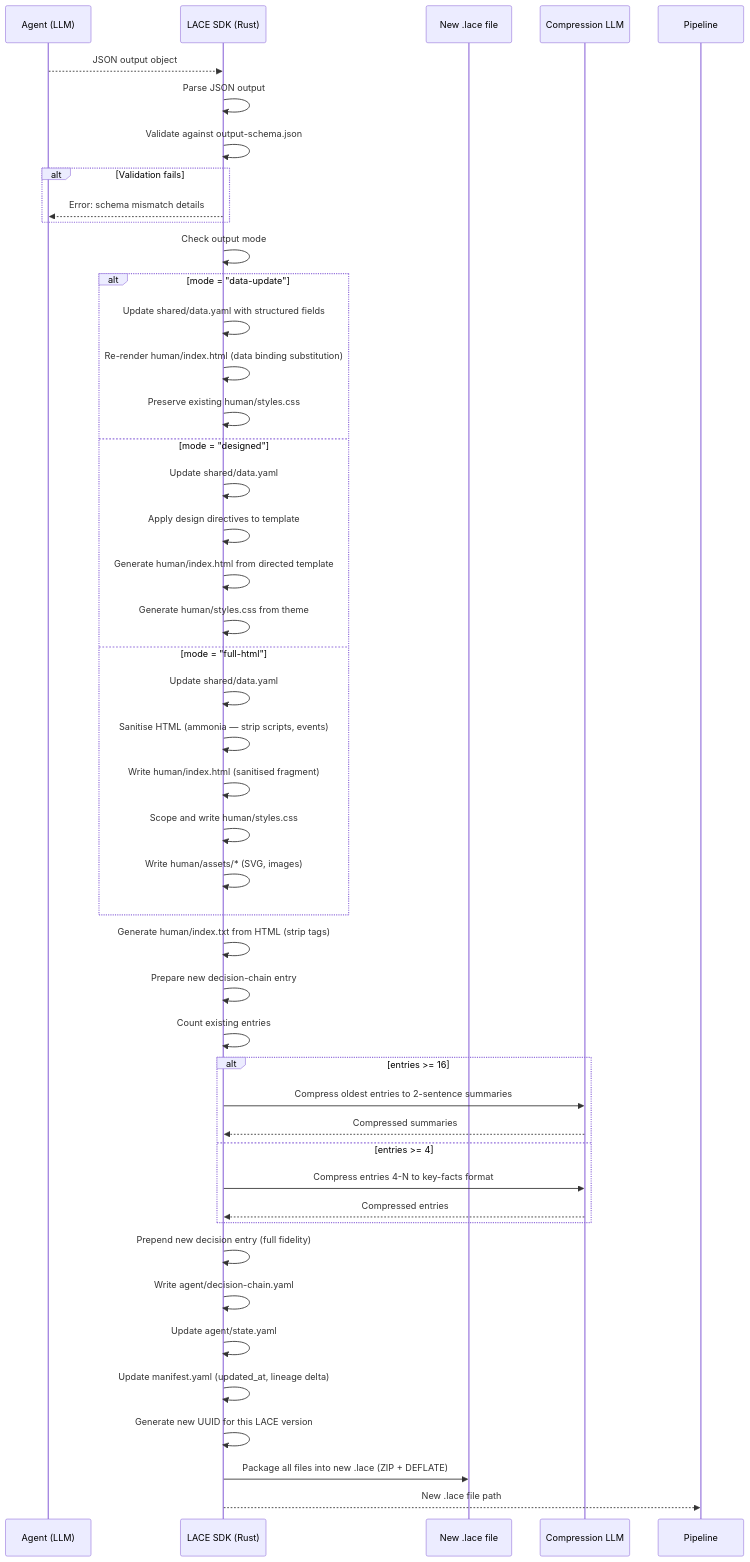
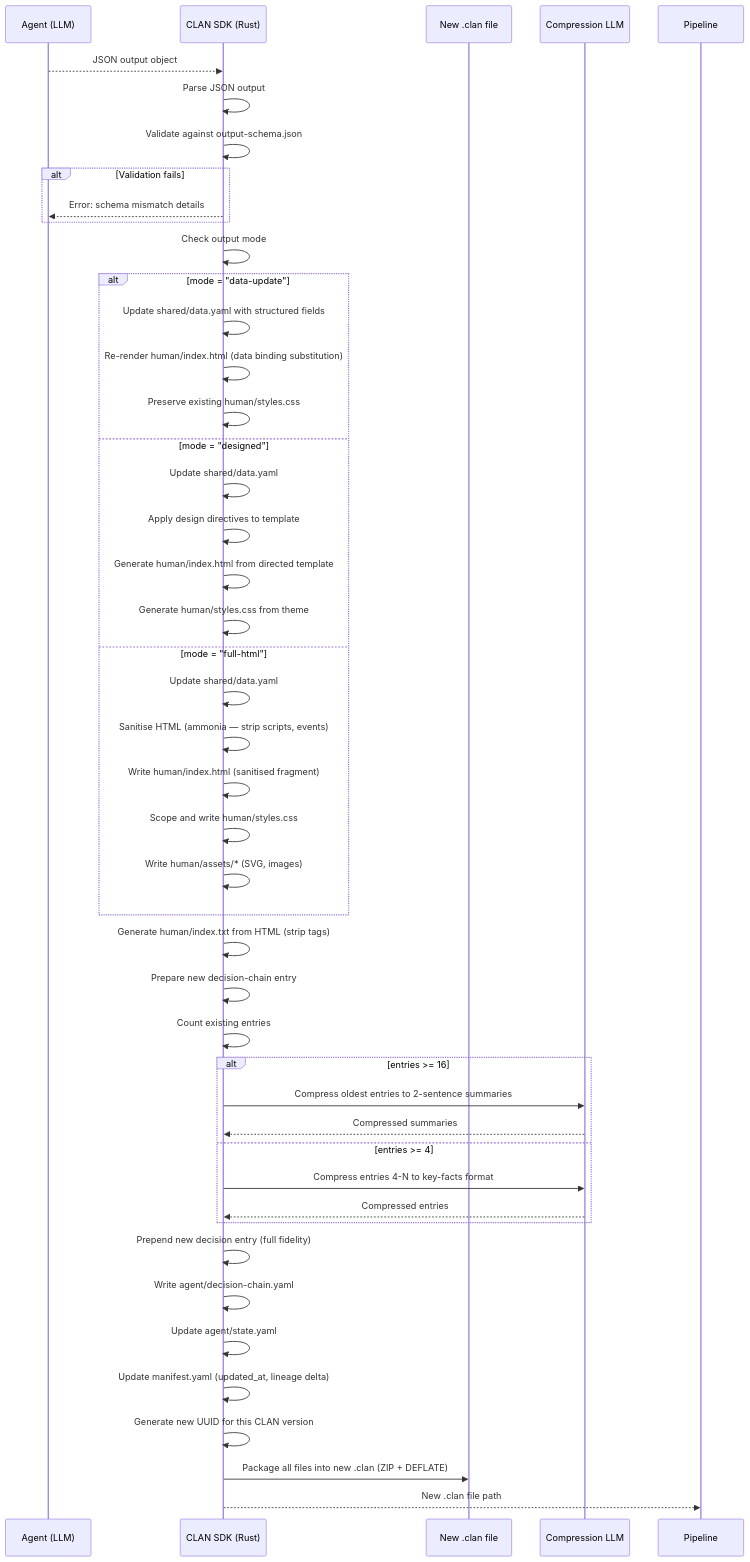
The third of 8 diagrams in SEQUENCE-DIAGRAMS.md (batunii/napkin-os), drawn with Mermaid before and after one commit. The commit also changed other lines of this file and 7 other files, not shown here.

First line of the commit message:
Rename LACE → CLAN throughout

````diff
--- a/SEQUENCE-DIAGRAMS.md
+++ b/SEQUENCE-DIAGRAMS.md
@@ -113,60 +113,60 @@
 ```mermaid
 sequenceDiagram
     participant Agent as Agent (LLM)
-    participant SDK as LACE SDK (Rust)
-    participant LACE as New .lace file
+    participant SDK as CLAN SDK (Rust)
+    participant CLAN as New .clan file
     participant LLM as Compression LLM
 
     Agent-->>SDK: JSON output object
 
     SDK->>SDK: Parse JSON output
     SDK->>SDK: Validate against output-schema.json
     alt Validation fails
         SDK-->>Agent: Error: schema mismatch details
     end
 
     SDK->>SDK: Check output mode
 
     alt mode = "data-update"
         SDK->>SDK: Update shared/data.yaml with structured fields
         SDK->>SDK: Re-render human/index.html (data binding substitution)
         SDK->>SDK: Preserve existing human/styles.css
 
     else mode = "designed"
         SDK->>SDK: Update shared/data.yaml
         SDK->>SDK: Apply design directives to template
         SDK->>SDK: Generate human/index.html from directed template
         SDK->>SDK: Generate human/styles.css from theme
 
     else mode = "full-html"
         SDK->>SDK: Update shared/data.yaml
         SDK->>SDK: Sanitise HTML (ammonia — strip scripts, events)
         SDK->>SDK: Write human/index.html (sanitised fragment)
         SDK->>SDK: Scope and write human/styles.css
         SDK->>SDK: Write human/assets/* (SVG, images)
     end
 
     SDK->>SDK: Generate human/index.txt from HTML (strip tags)
 
     SDK->>SDK: Prepare new decision-chain entry
     SDK->>SDK: Count existing entries
 
     alt entries >= 16
         SDK->>LLM: Compress oldest entries to 2-sentence summaries
         LLM-->>SDK: Compressed summaries
     else entries >= 4
         SDK->>LLM: Compress entries 4-N to key-facts format
         LLM-->>SDK: Compressed entries
     end
 
     SDK->>SDK: Prepend new decision entry (full fidelity)
     SDK->>SDK: Write agent/decision-chain.yaml
 
     SDK->>SDK: Update agent/state.yaml
     SDK->>SDK: Update manifest.yaml (updated_at, lineage delta)
-    SDK->>SDK: Generate new UUID for this LACE version
+    SDK->>SDK: Generate new UUID for this CLAN version
 
-    SDK->>LACE: Package all files into new .lace (ZIP + DEFLATE)
+    SDK->>CLAN: Package all files into new .clan (ZIP + DEFLATE)
 
-    SDK-->>Pipeline: New .lace file path
+    SDK-->>Pipeline: New .clan file path
 ```
````
